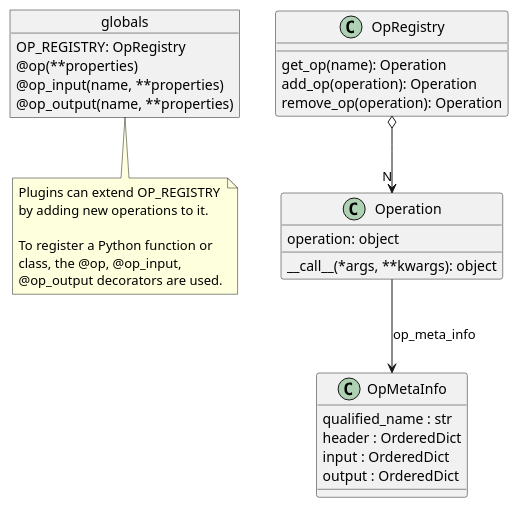
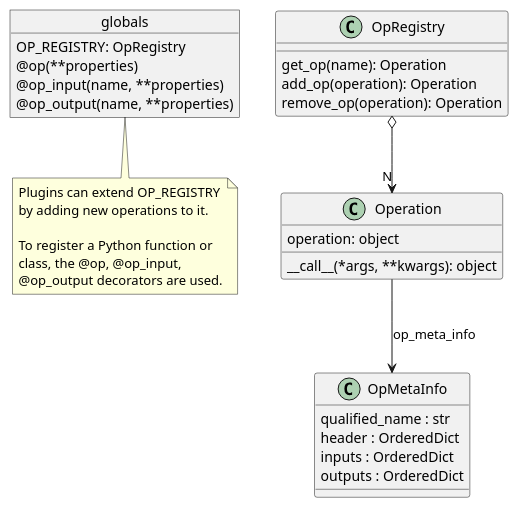
The diagram in doc/source/uml/op.puml (CCI-Tools/cate), drawn with PlantUML before and after one commit. The commit also changed 23 other files, not shown here.

Commit message:
renamed input --> inputs, output --> outputs

```diff
--- a/doc/source/uml/op.puml
+++ b/doc/source/uml/op.puml
@@ -1,42 +1,42 @@
 @startuml
 
 object globals {
     OP_REGISTRY: OpRegistry
     @op(**properties)
     @op_input(name, **properties)
     @op_output(name, **properties)
 }
 
 note bottom of globals
 Plugins can extend OP_REGISTRY
 by adding new operations to it.
 
 To register a Python function or
 class, the @op, @op_input,
 @op_output decorators are used.
 end note
 
 class OpRegistry {
     get_op(name): Operation
     add_op(operation): Operation
     remove_op(operation): Operation
 }
 
 
 class Operation {
     operation: object
     __call__(*args, **kwargs): object
 }
 
 
 class OpMetaInfo {
     qualified_name : str
     header : OrderedDict
-    input : OrderedDict
-    output : OrderedDict
+    inputs : OrderedDict
+    outputs : OrderedDict
 }
 
 OpRegistry o--> "N" Operation
 Operation --> OpMetaInfo: op_meta_info
 
 @enduml
```
